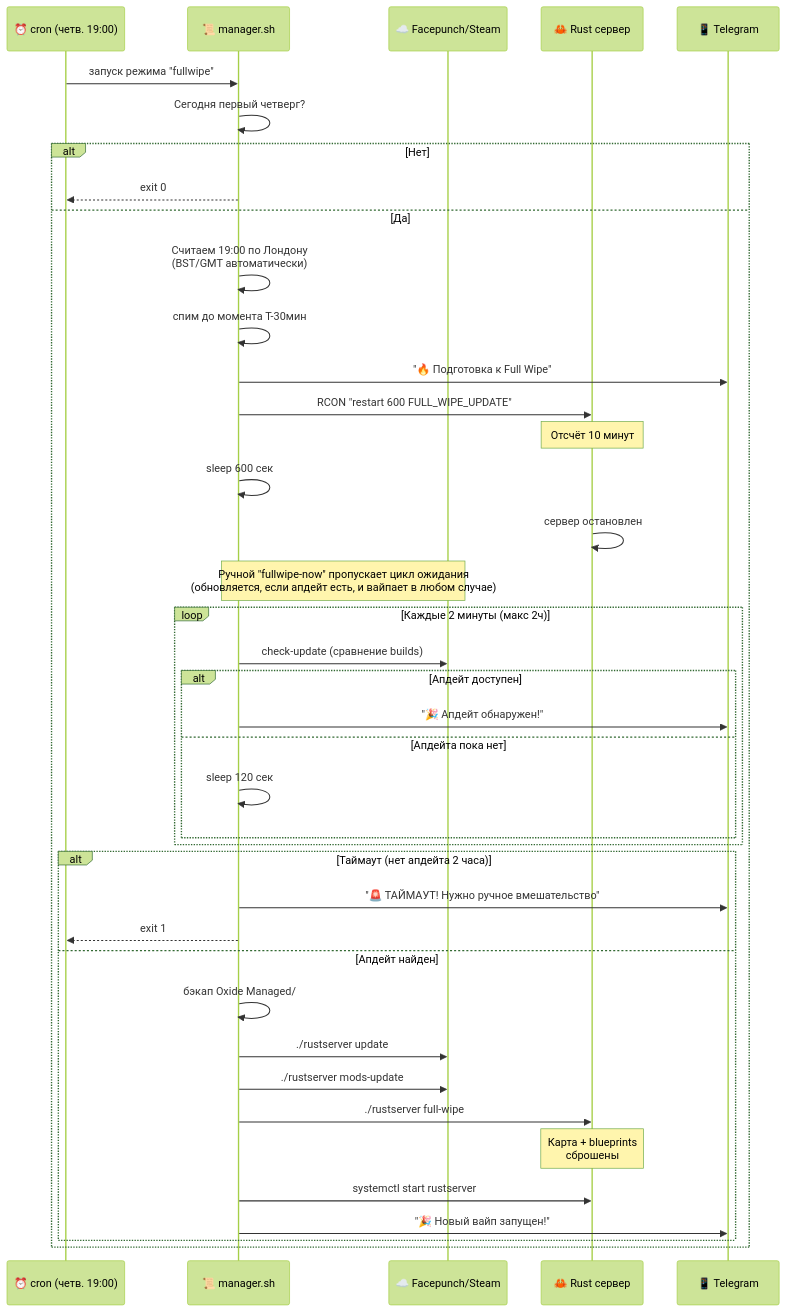
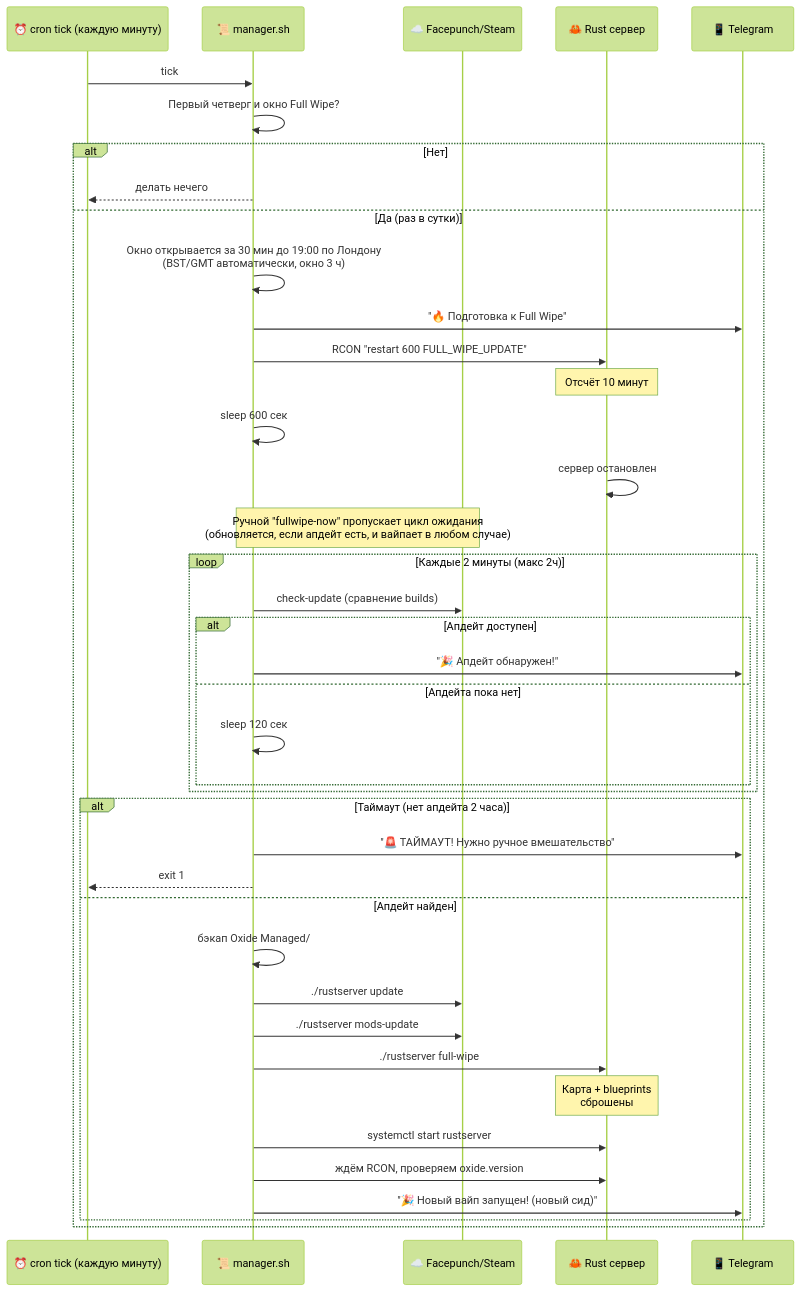
Before and after one commit to wobujidao/rust-wipe-manager: the fifth of 7 diagrams in README_RU.md, drawn with Mermaid (forest theme). The commit also changed other lines of this file and 2 other files, not shown here.

Commit message:
docs: config-driven scheduler, map wipes, watchdog, Oxide check, languages

````diff
--- a/README_RU.md
+++ b/README_RU.md
@@ -179,45 +232,45 @@
 ```mermaid
 sequenceDiagram
-    participant C as ⏰ cron (четв. 19:00)
+    participant C as ⏰ cron tick (каждую минуту)
     participant M as 📜 manager.sh
     participant FP as ☁️ Facepunch/Steam
     participant R as 🦀 Rust сервер
     participant T as 📱 Telegram
 
-    C->>M: запуск режима "fullwipe"
-    M->>M: Сегодня первый четверг?
+    C->>M: tick
+    M->>M: Первый четверг и окно Full Wipe?
     alt Нет
-        M-->>C: exit 0
-    else Да
-        M->>M: Считаем 19:00 по Лондону<br/>(BST/GMT автоматически)
-        M->>M: спим до момента T-30мин
+        M-->>C: делать нечего
+    else Да (раз в сутки)
+        M->>M: Окно открывается за 30 мин до 19:00 по Лондону<br/>(BST/GMT автоматически, окно 3 ч)
         M->>T: "🔥 Подготовка к Full Wipe"
         M->>R: RCON "restart 600 FULL_WIPE_UPDATE"
         Note over R: Отсчёт 10 минут
         M->>M: sleep 600 сек
         R->>R: сервер остановлен
 
         Note over M,FP: Ручной "fullwipe-now" пропускает цикл ожидания<br/>(обновляется, если апдейт есть, и вайпает в любом случае)
         loop Каждые 2 минуты (макс 2ч)
             M->>FP: check-update (сравнение builds)
             alt Апдейт доступен
                 M->>T: "🎉 Апдейт обнаружен!"
             else Апдейта пока нет
                 M->>M: sleep 120 сек
             end
         end
 
         alt Таймаут (нет апдейта 2 часа)
             M->>T: "🚨 ТАЙМАУТ! Нужно ручное вмешательство"
             M-->>C: exit 1
         else Апдейт найден
             M->>M: бэкап Oxide Managed/
             M->>FP: ./rustserver update
             M->>FP: ./rustserver mods-update
             M->>R: ./rustserver full-wipe
             Note over R: Карта + blueprints<br/>сброшены
             M->>R: systemctl start rustserver
-            M->>T: "🎉 Новый вайп запущен!"
+            M->>R: ждём RCON, проверяем oxide.version
+            M->>T: "🎉 Новый вайп запущен! (новый сид)"
         end
     end
 ```
````
